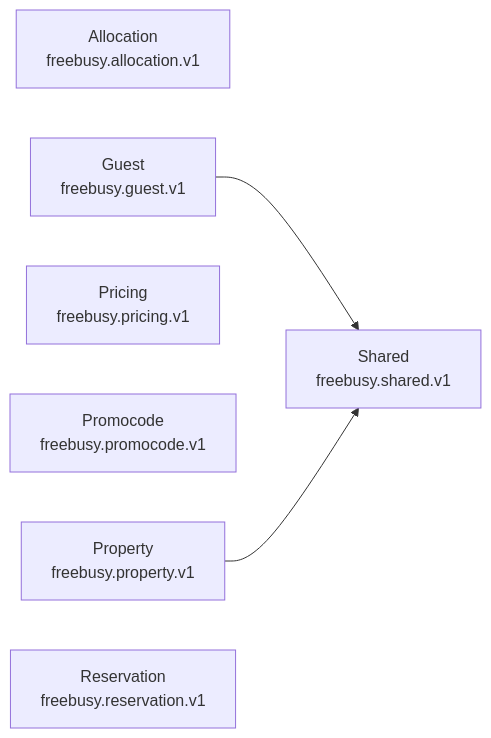
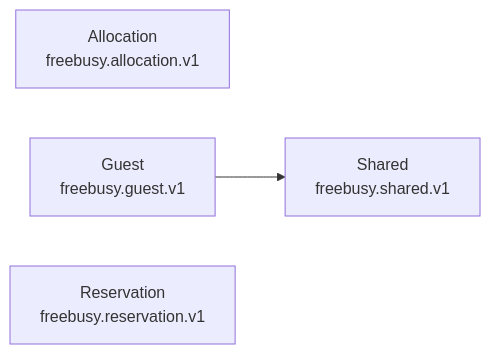
One commit to shokki-engineering/freebusy changed the diagram in protobuf/README.md. Above: the diagram before and after it, drawn with Mermaid. The commit also changed other lines of this file and 1414 other files, not shown here.

````diff
--- a/protobuf/README.md
+++ b/protobuf/README.md
@@ -25,12 +22,8 @@
 ```mermaid
 graph LR
     freebusy_allocation_v1["Allocation<br/>freebusy.allocation.v1"]
     freebusy_guest_v1["Guest<br/>freebusy.guest.v1"]
-    freebusy_pricing_v1["Pricing<br/>freebusy.pricing.v1"]
-    freebusy_promocode_v1["Promocode<br/>freebusy.promocode.v1"]
-    freebusy_property_v1["Property<br/>freebusy.property.v1"]
     freebusy_reservation_v1["Reservation<br/>freebusy.reservation.v1"]
     freebusy_shared_v1["Shared<br/>freebusy.shared.v1"]
     freebusy_guest_v1 --> freebusy_shared_v1
-    freebusy_property_v1 --> freebusy_shared_v1
 ```
````
